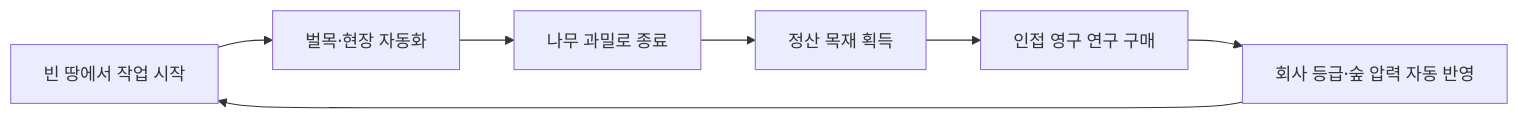
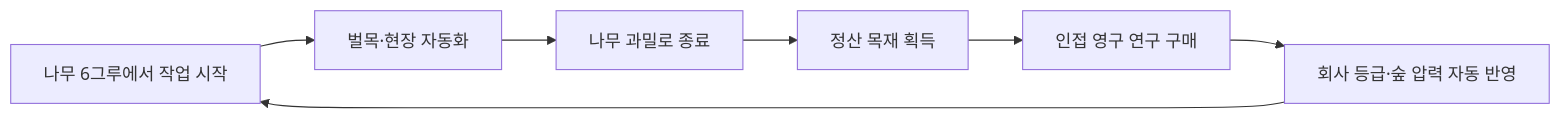
Before and after one commit to hyunsuhahaha/def_game: the diagram in docs/SCORE_ATTACK_META_LOOP.md, drawn with Mermaid. The commit also changed other lines of this file and 9 other files, not shown here.

````diff
--- a/docs/SCORE_ATTACK_META_LOOP.md
+++ b/docs/SCORE_ATTACK_META_LOOP.md
@@ -22,9 +22,9 @@
 ```mermaid
 flowchart LR
-    A[빈 땅에서 작업 시작] --> B[벌목·현장 자동화]
+    A[나무 6그루에서 작업 시작] --> B[벌목·현장 자동화]
     B --> C[나무 과밀로 종료]
     C --> D[정산 목재 획득]
     D --> E[인접 영구 연구 구매]
     E --> F[회사 등급·숲 압력 자동 반영]
     F --> A
 ```
````
